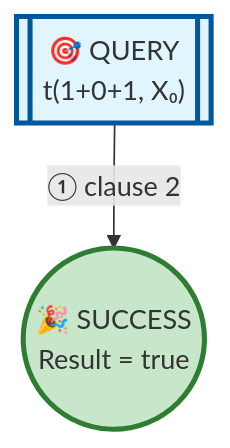
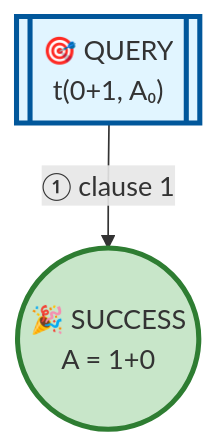
One commit to jarecsni/prolog-trace-viz changed the diagram in examples/operator-standard.md. Above: the diagram before and after it, drawn with Mermaid. The commit also changed other lines of this file and 14 other files, not shown here.

````diff
--- a/examples/operator-standard.md
+++ b/examples/operator-standard.md
@@ -17,14 +17,14 @@
 ```mermaid
 graph TD
 
 %% Nodes
-A[["🎯 QUERY<br/>t(1+0+1, X₀)"]]
-B(("🎉 SUCCESS<br/>Result = true"))
+A[["🎯 QUERY<br/>t(0+1, A₀)"]]
+B(("🎉 SUCCESS<br/>A = 1+0"))
 
 %% Edges
-A -->|"① clause 2"| B
+A -->|"① clause 1"| B
 
 %% Styles
 style A fill:#e1f5ff,stroke:#01579b,stroke-width:3px
 style B fill:#c8e6c9,stroke:#2e7d32,stroke-width:3px
 ```
````
